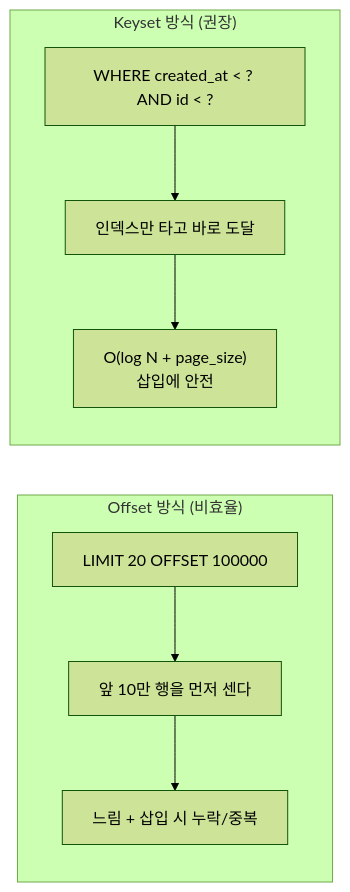
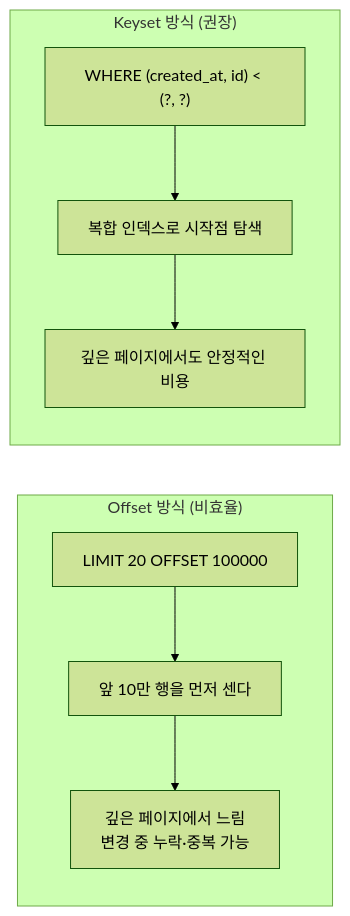
Before and after one commit to jon890/fos-study: the fourth of 4 diagrams in architecture/api-design.md, drawn with Mermaid (forest theme). The commit also changed other lines of this file and 2 other files, not shown here.

````diff
--- a/architecture/api-design.md
+++ b/architecture/api-design.md
@@ -146,11 +276,11 @@
 ```mermaid
 flowchart LR
     subgraph Offset["Offset 방식 (비효율)"]
         OA["LIMIT 20 OFFSET 100000"] --> OB["앞 10만 행을 먼저 센다"]
-        OB --> OC["느림 + 삽입 시 누락/중복"]
+        OB --> OC["깊은 페이지에서 느림<br/>변경 중 누락·중복 가능"]
     end
     subgraph Keyset["Keyset 방식 (권장)"]
-        KA["WHERE created_at &lt; ? AND id &lt; ?"] --> KB["인덱스만 타고 바로 도달"]
-        KB --> KC["O(log N + page_size)<br/>삽입에 안전"]
+        KA["WHERE (created_at, id) &lt; (?, ?)"] --> KB["복합 인덱스로 시작점 탐색"]
+        KB --> KC["깊은 페이지에서도 안정적인 비용"]
     end
 ```
````
